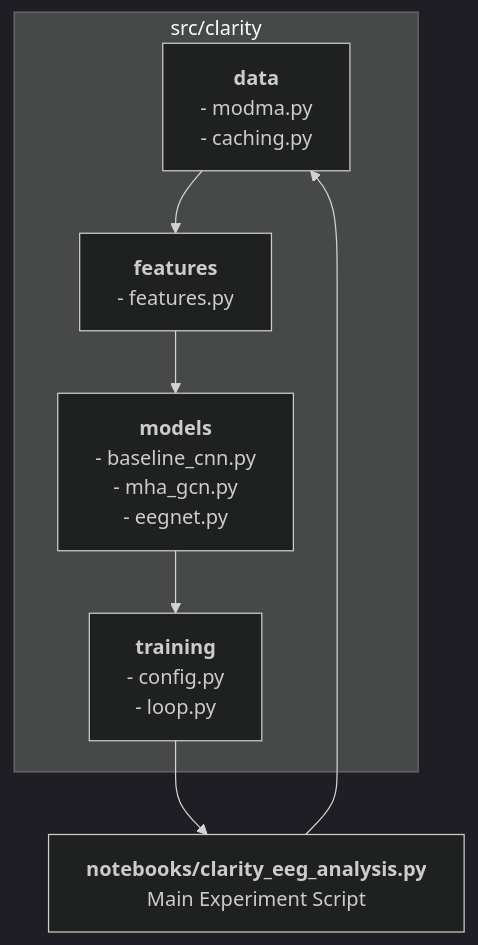
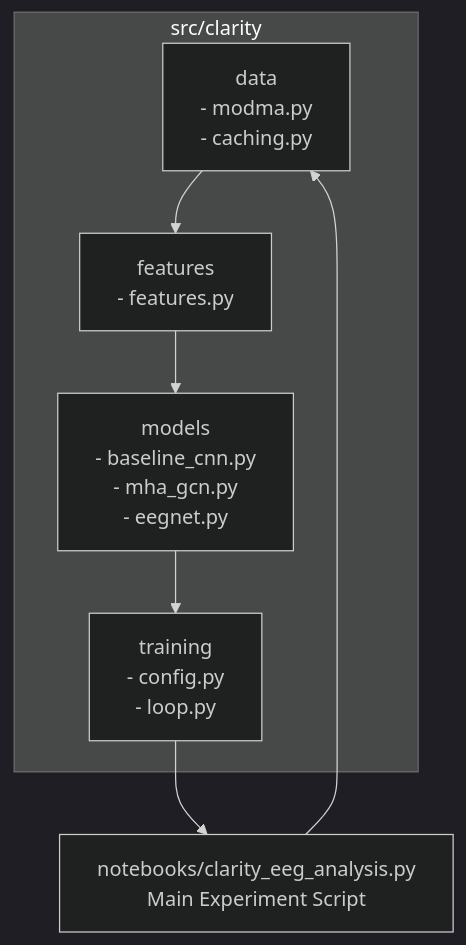
The second of 2 diagrams in README.md (The-Obstacle-Is-The-Way/clarity-ai-jupyter), drawn with Mermaid (dark theme) before and after one commit.

Commit message:
docs: enhance README.md diagrams for better structure and clarity in the MODMA dataset workflow

````diff
--- a/README.md
+++ b/README.md
@@ -61,17 +61,17 @@
 ```mermaid
 graph TD
     subgraph src/clarity
-        A[<B>data</B><br/>- modma.py<br/>- caching.py]
-        B[<B>features</B><br/>- features.py]
-        C[<B>models</B><br/>- baseline_cnn.py<br/>- mha_gcn.py<br/>- eegnet.py]
-        D[<B>training</B><br/>- config.py<br/>- loop.py]
+        A["data<br/>- modma.py<br/>- caching.py"]
+        B["features<br/>- features.py"]
+        C["models<br/>- baseline_cnn.py<br/>- mha_gcn.py<br/>- eegnet.py"]
+        D["training<br/>- config.py<br/>- loop.py"]
     end
 
-    E[<B>notebooks/clarity_eeg_analysis.py</B><br/>Main Experiment Script]
+    E["notebooks/clarity_eeg_analysis.py<br/>Main Experiment Script"]
 
     E --> A
     A --> B
     B --> C
     C --> D
     D --> E
 ```
````
